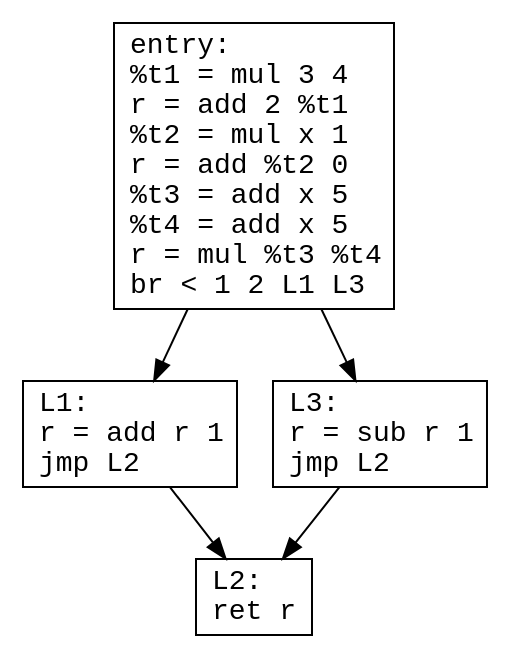
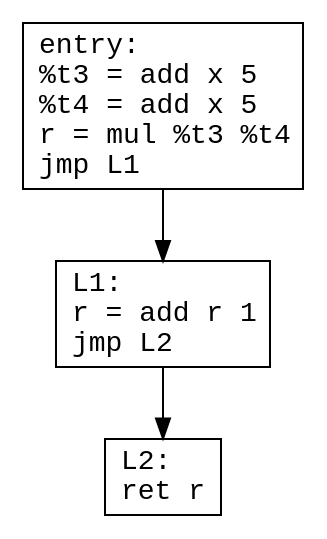
The diagram in HW04_ir_opt/examples/test.demo.cfg.dot (KorsunDaria/TVDSL), drawn with Graphviz before and after one commit. The commit also changed 7 other files, not shown here.

```diff
--- a/HW04_ir_opt/examples/test.demo.cfg.dot
+++ b/HW04_ir_opt/examples/test.demo.cfg.dot
@@ -1,11 +1,8 @@
 digraph "demo" {
   node [shape=box, fontname=monospace];
-  "entry" [label="entry:\l%t1 = mul 3 4\lr = add 2 %t1\l%t2 = mul x 1\lr = add %t2 0\l%t3 = add x 5\l%t4 = add x 5\lr = mul %t3 %t4\lbr < 1 2 L1 L3\l"];
+  "entry" [label="entry:\l%t3 = add x 5\l%t4 = add x 5\lr = mul %t3 %t4\ljmp L1\l"];
   "entry" -> "L1";
-  "entry" -> "L3";
   "L1" [label="L1:\lr = add r 1\ljmp L2\l"];
   "L1" -> "L2";
-  "L3" [label="L3:\lr = sub r 1\ljmp L2\l"];
-  "L3" -> "L2";
   "L2" [label="L2:\lret r\l"];
 }
```
